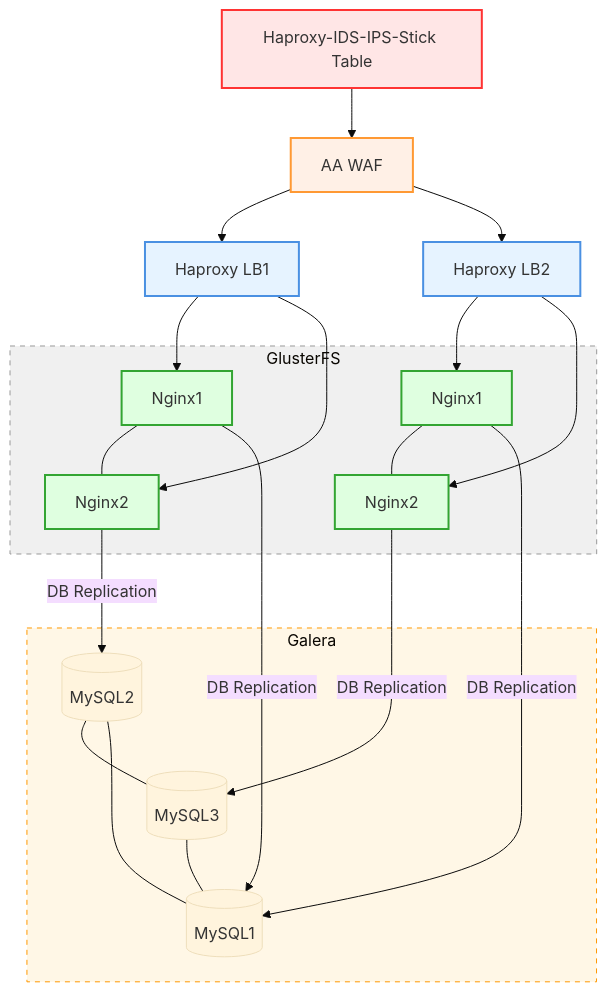
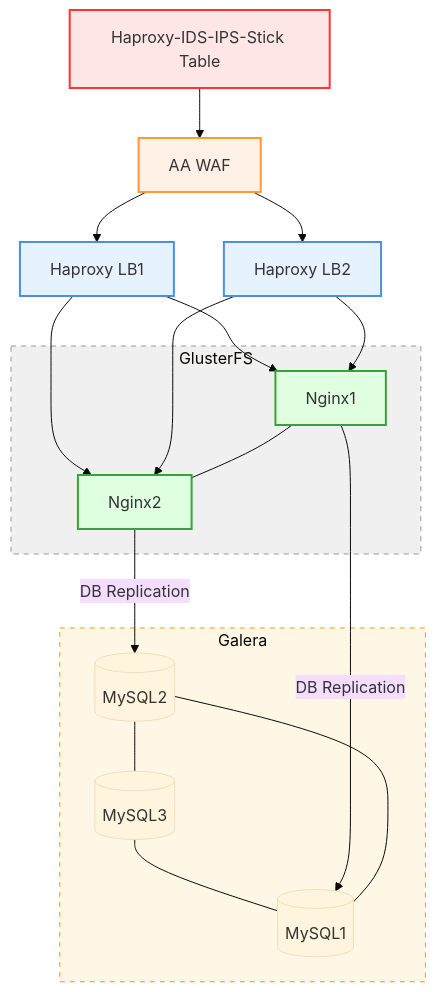
One commit to ugurcomptech/HA-Web-Architecture changed the first of 2 diagrams in README.md. Above: the diagram before and after it, drawn with Mermaid (base theme).

````diff
--- a/README.md
+++ b/README.md
@@ -25,53 +25,48 @@
 ```mermaid
 graph TD
     %% Katmanlar
     ST[Haproxy-IDS-IPS-Stick Table] --> WAF[AA WAF]
 
     %% WAF yönlendirmesi
     WAF --> LB1[Haproxy LB1]
     WAF --> LB2[Haproxy LB2]
 
-    %% LB1 Backend
+    %% LB Backend (2 Nginx)
     LB1 --> N1[Nginx1]
     LB1 --> N2[Nginx2]
 
-    %% LB2 Backend
-    LB2 --> N3[Nginx1]
-    LB2 --> N4[Nginx2]
+    LB2 --> N1
+    LB2 --> N2
 
     %% GlusterFS Cluster (Web server file sync)
     subgraph GlusterFS
         N1 --- N2
-        N3 --- N4
     end
 
     %% Galera Cluster (MySQL)
     subgraph Galera
         DB1[(MySQL1)]
         DB2[(MySQL2)]
         DB3[(MySQL3)]
         DB1 --- DB2
         DB2 --- DB3
         DB3 --- DB1
     end
 
     %% Web Servers to DB
     N1 -->|DB Replication| DB1
     N2 -->|DB Replication| DB2
-    N3 -->|DB Replication| DB1
-    N4 -->|DB Replication| DB3
 
-    %% Styling (daha anlaşılır renkler)
+    %% Styling
     style ST fill:#ffe6e6,stroke:#ff3333,stroke-width:2px
     style WAF fill:#fff0e6,stroke:#ff9933,stroke-width:2px
     style LB1 fill:#e6f3ff,stroke:#4a90e2,stroke-width:2px
     style LB2 fill:#e6f3ff,stroke:#4a90e2,stroke-width:2px
     style N1 fill:#dfffe0,stroke:#33a532,stroke-width:2px
     style N2 fill:#dfffe0,stroke:#33a532,stroke-width:2px
-    style N3 fill:#dfffe0,stroke:#33a532,stroke-width:2px
-    style N4 fill:#dfffe0,stroke:#33a532,stroke-width:2px
     style GlusterFS fill:#f0f0f0,stroke:#999,stroke-width:1px,stroke-dasharray:5 5
     style Galera fill:#fff7e6,stroke:#ff9900,stroke-width:1px,stroke-dasharray:5 5
 
 
+
 ```
````
